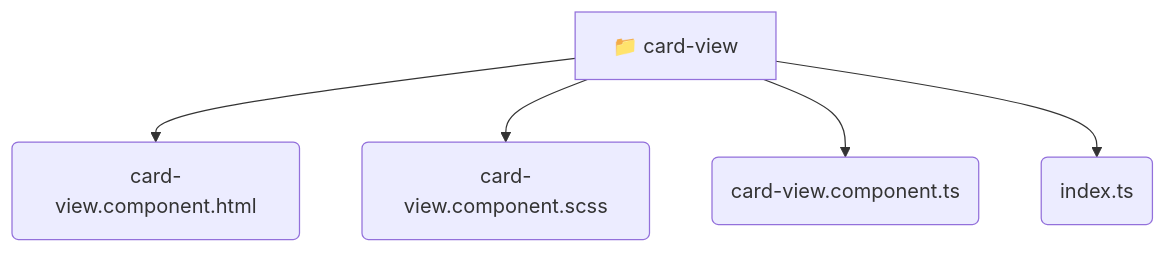
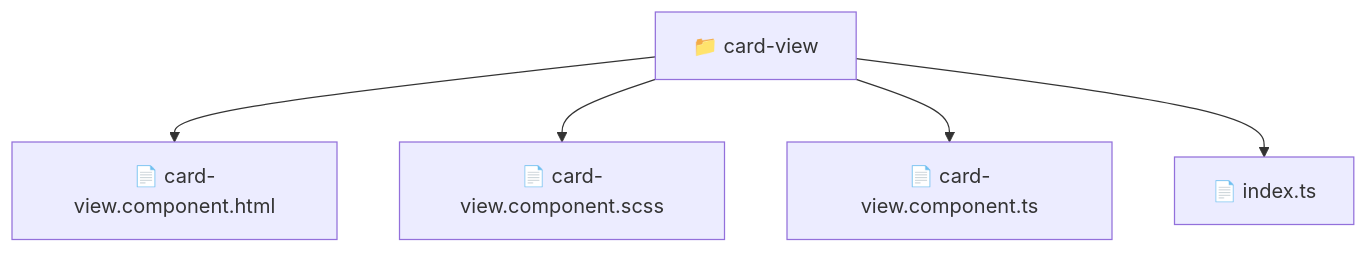
One commit to beginwebdev2002/fullstack-mavluda changed the diagram in frontend/src/shared/ui/card-view/README.md. Above: the diagram before and after it, drawn with Mermaid. The commit also changed other lines of this file and 163 other files, not shown here.

````diff
--- a/frontend/src/shared/ui/card-view/README.md
+++ b/frontend/src/shared/ui/card-view/README.md
@@ -11,8 +10,8 @@
 ```mermaid
 graph TD
-  card_view[📁 card-view]
-  card_view --> card_view_card_view_component_html(card-view.component.html)
-  card_view --> card_view_card_view_component_scss(card-view.component.scss)
-  card_view --> card_view_card_view_component_ts(card-view.component.ts)
-  card_view --> card_view_index_ts(index.ts)
+  Root["📁 card-view"]
+  Root --> cardviewcomponenthtml["📄 card-view.component.html"]
+  Root --> cardviewcomponentscss["📄 card-view.component.scss"]
+  Root --> cardviewcomponentts["📄 card-view.component.ts"]
+  Root --> indexts["📄 index.ts"]
 ```
````
